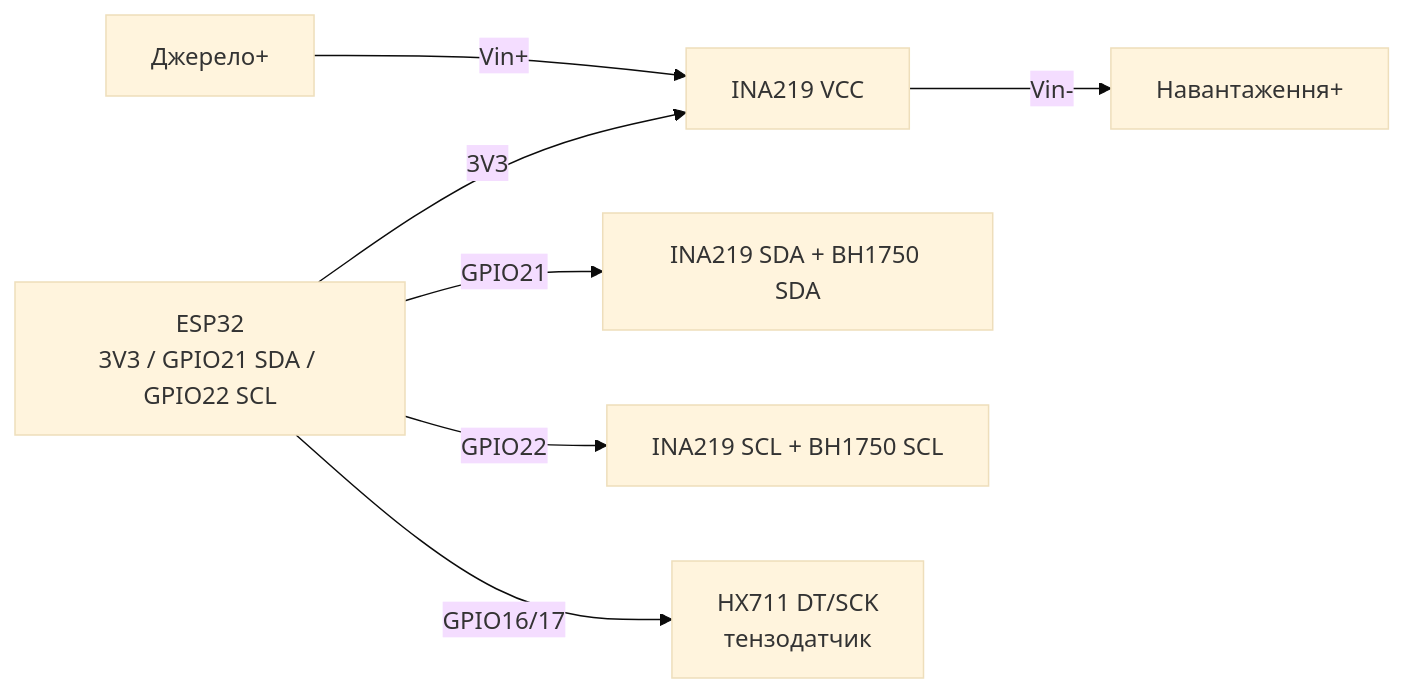
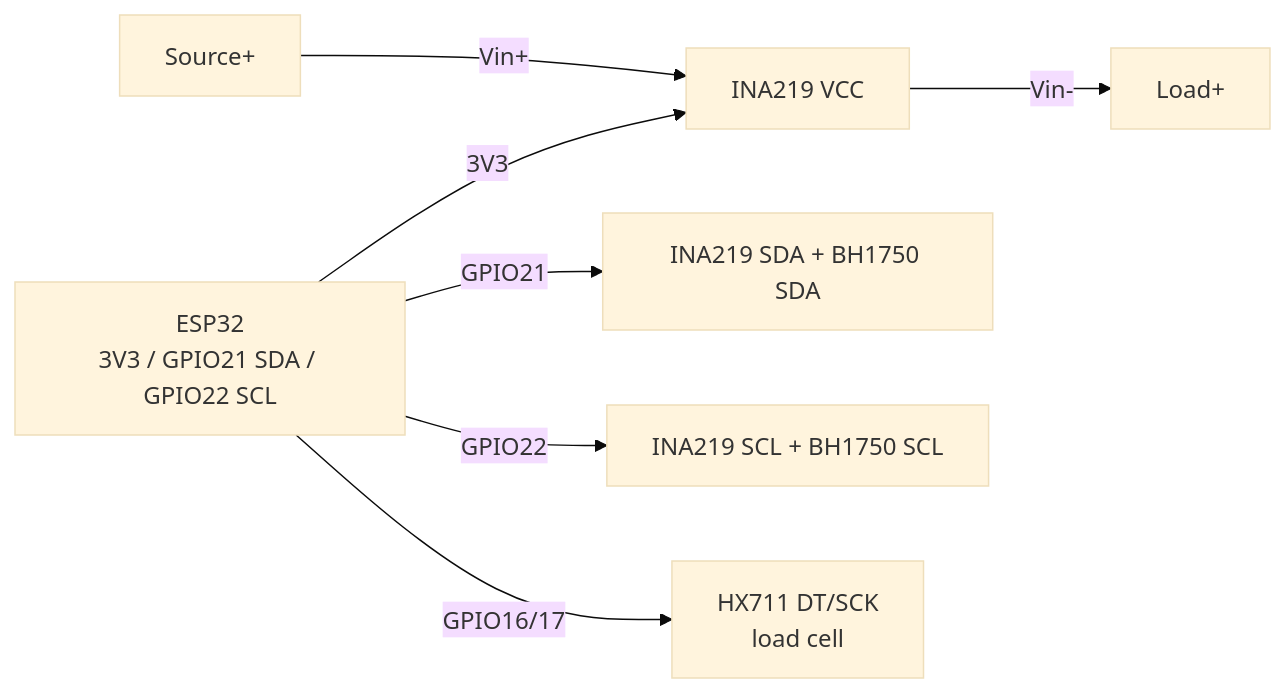
One commit to ksalab/embedded-reference changed the diagram in obsidian_vault/ESP32-Reference/EN/10-Sensors/06-INA219-HX711-BH1750.en.md. Above: the diagram before and after it, drawn with Mermaid (base theme). The commit also changed other lines of this file and 76 other files, not shown here.

````diff
--- a/obsidian_vault/ESP32-Reference/EN/10-Sensors/06-INA219-HX711-BH1750.en.md
+++ b/obsidian_vault/ESP32-Reference/EN/10-Sensors/06-INA219-HX711-BH1750.en.md
@@ -104,9 +104,9 @@
 ```mermaid
 graph LR
   ESP32["ESP32<br/>3V3 / GPIO21 SDA / GPIO22 SCL"] -->|3V3| INA["INA219 VCC"]
   ESP32 -->|GPIO21| SDA["INA219 SDA + BH1750 SDA"]
   ESP32 -->|GPIO22| SCL["INA219 SCL + BH1750 SCL"]
-  SRC["Джерело+"] -->|Vin+| INA
-  INA -->|Vin-| LOAD["Навантаження+"]
-  ESP32 -->|GPIO16/17| HX["HX711 DT/SCK<br/>тензодатчик"]
+  SRC["Source+"] -->|Vin+| INA
+  INA -->|Vin-| LOAD["Load+"]
+  ESP32 -->|GPIO16/17| HX["HX711 DT/SCK<br/>load cell"]
 ```
````
